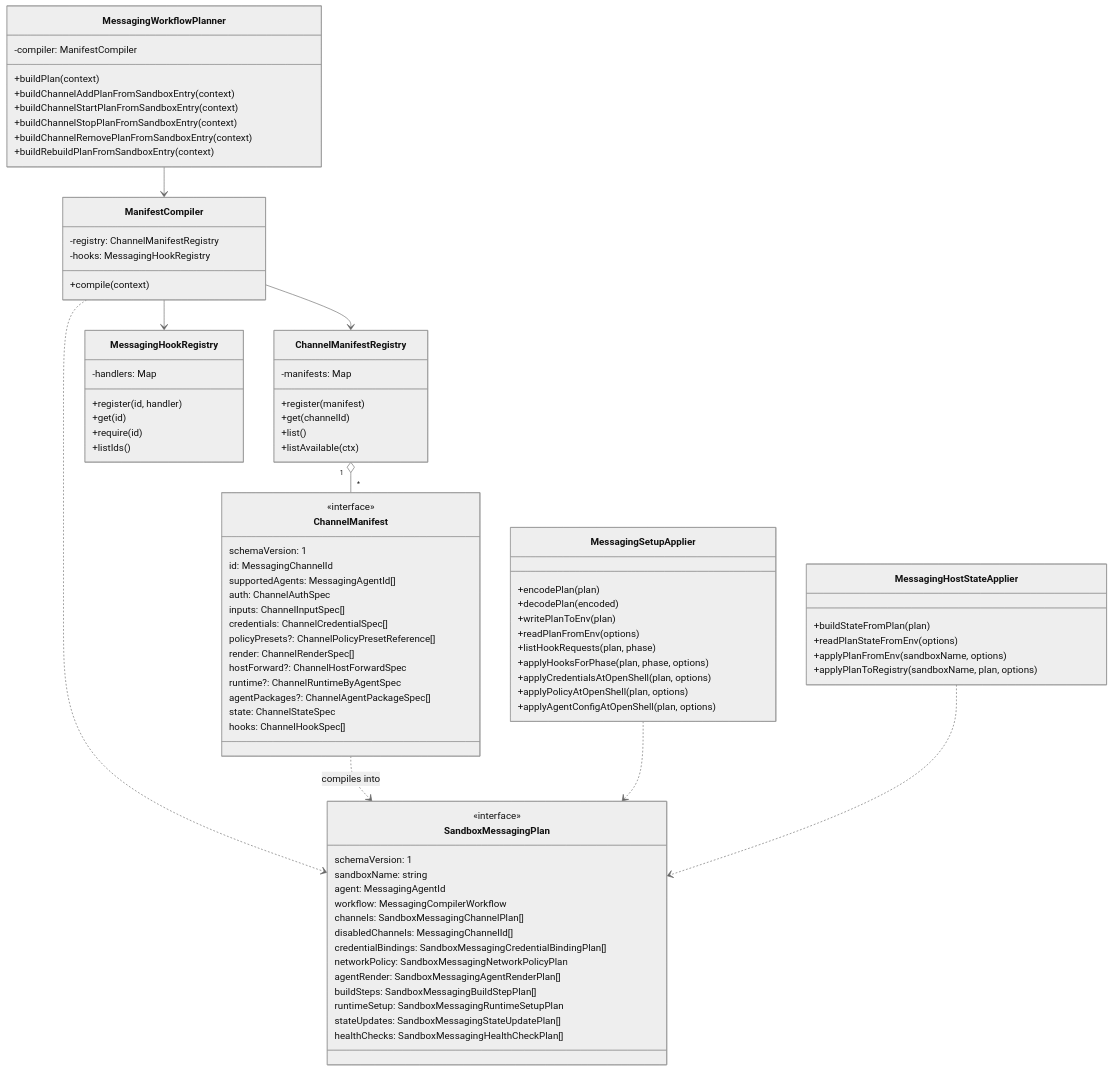
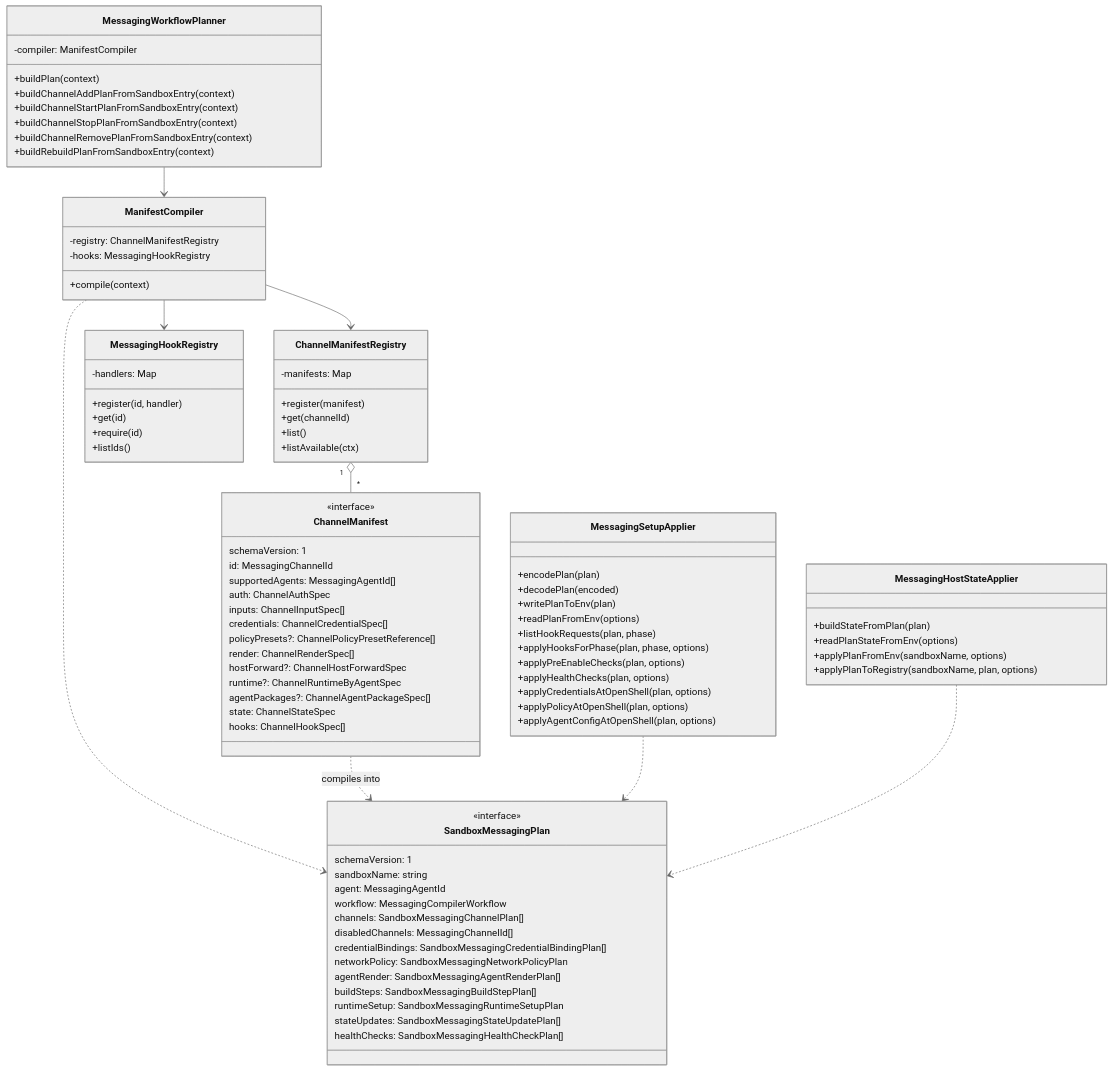
One commit to GMTekAI/NemoClaw-1 changed the second of 3 diagrams in src/lib/messaging/README.md. Above: the diagram before and after it, drawn with Mermaid (neutral theme). The commit also changed other lines of this file, not shown here.

Commit message:
docs(messaging): align README invariants

```diff
--- a/src/lib/messaging/README.md
+++ b/src/lib/messaging/README.md
@@ -128,6 +128,8 @@
     +readPlanFromEnv(options)
     +listHookRequests(plan, phase)
     +applyHooksForPhase(plan, phase, options)
+    +applyPreEnableChecks(plan, options)
+    +applyHealthChecks(plan, options)
     +applyCredentialsAtOpenShell(plan, options)
     +applyPolicyAtOpenShell(plan, options)
     +applyAgentConfigAtOpenShell(plan, options)
```
